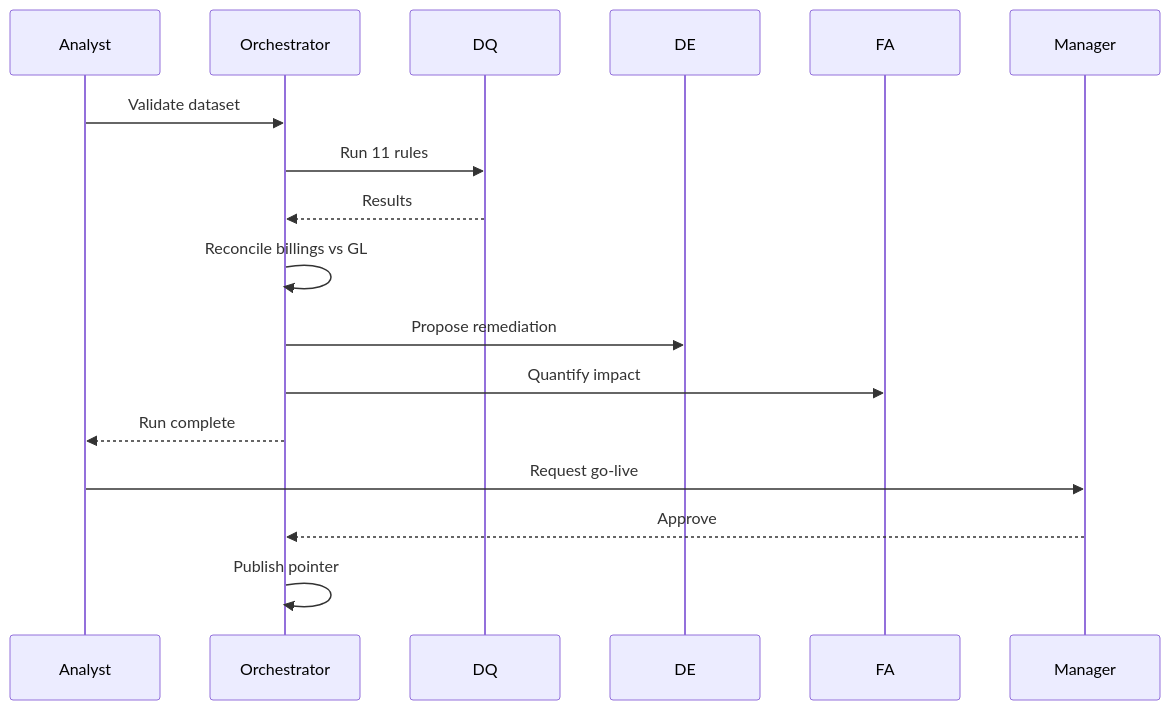
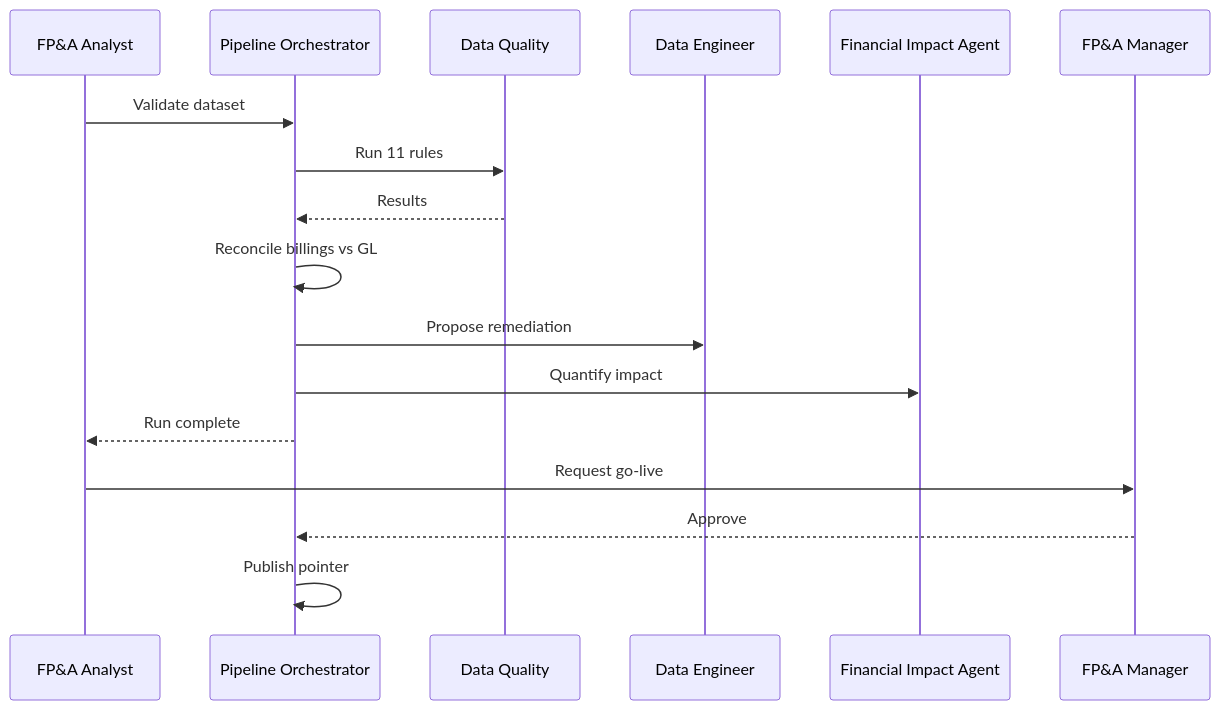
Before and after one commit to rlp-jym/zoomcamp-ai-dev-cohort-2026: the second of 2 diagrams in revenue_data_reliability/docs/architecture.md, drawn with Mermaid. The commit also changed other lines of this file and 12 other files, not shown here.

````diff
--- a/revenue_data_reliability/docs/architecture.md
+++ b/revenue_data_reliability/docs/architecture.md
@@ -30,19 +30,19 @@
 ```mermaid
 sequenceDiagram
-  participant A as Analyst
-  participant O as Orchestrator
-  participant DQ as DQ
-  participant DE as DE
-  participant FA as FA
-  participant M as Manager
+  participant A as FP&A Analyst
+  participant O as Pipeline Orchestrator
+  participant DQ as Data Quality
+  participant DE as Data Engineer
+  participant FA as Financial Impact Agent
+  participant M as FP&A Manager
   A->>O: Validate dataset
   O->>DQ: Run 11 rules
   DQ-->>O: Results
   O->>O: Reconcile billings vs GL
   O->>DE: Propose remediation
   O->>FA: Quantify impact
   O-->>A: Run complete
   A->>M: Request go-live
   M-->>O: Approve
   O->>O: Publish pointer
 ```
````
